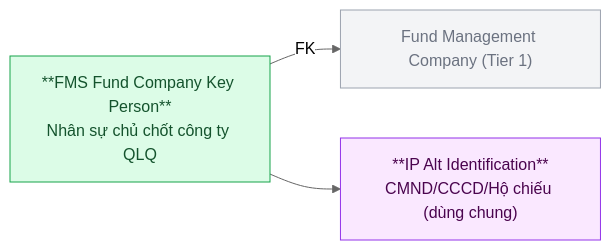
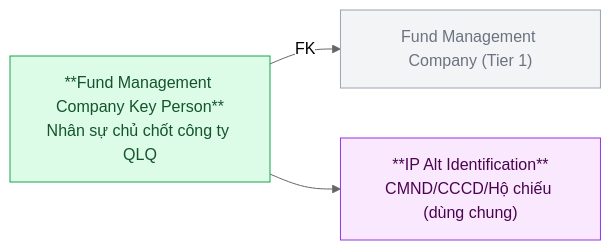
The sixth of 16 diagrams in Silver/hld/FMS_HLD_Tier2.md (linhlvit/ubck_atomic_design), drawn with Mermaid (neutral theme) before and after one commit. The commit also changed other lines of this file and 32 other files, not shown here.

````diff
--- a/Silver/hld/FMS_HLD_Tier2.md
+++ b/Silver/hld/FMS_HLD_Tier2.md
@@ -143,13 +143,13 @@
 ```mermaid
 graph LR
     classDef silver fill:#dcfce7,stroke:#16a34a,color:#14532d
     classDef shared fill:#fae8ff,stroke:#9333ea,color:#4a044e
     classDef refnode fill:#f3f4f6,stroke:#9ca3af,color:#6b7280
 
     FMC["Fund Management Company (Tier 1)"]:::refnode
-    KP["**FMS Fund Company Key Person**\nNhân sự chủ chốt công ty QLQ"]:::silver
+    KP["**Fund Management Company Key Person**\nNhân sự chủ chốt công ty QLQ"]:::silver
     ALTID["**IP Alt Identification**\nCMND/CCCD/Hộ chiếu (dùng chung)"]:::shared
 
     KP -->|FK| FMC
     KP --> ALTID
 ```
````
